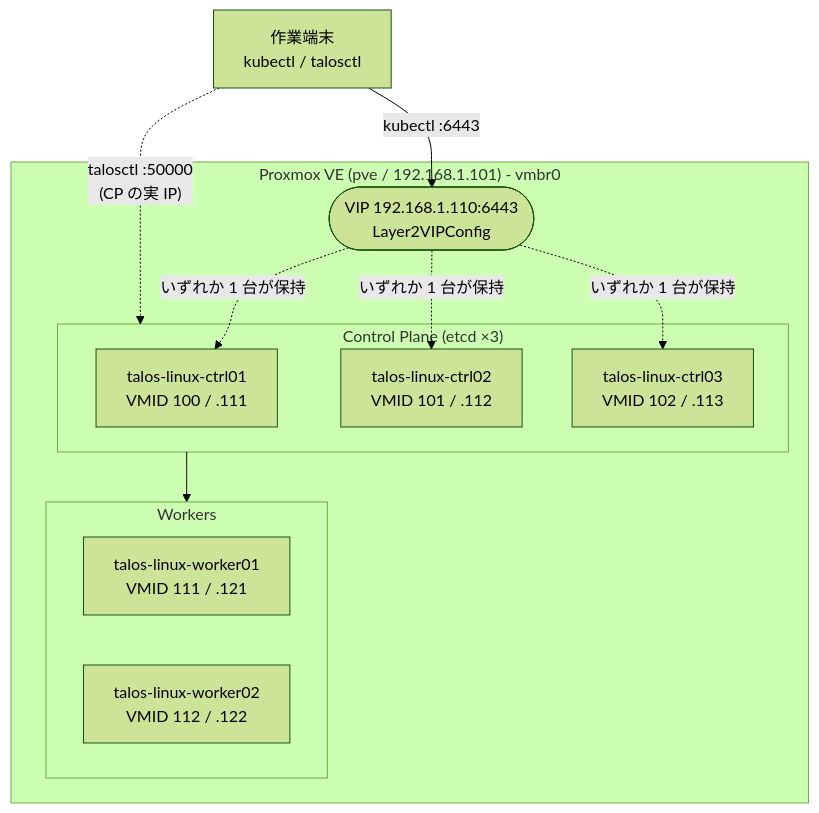
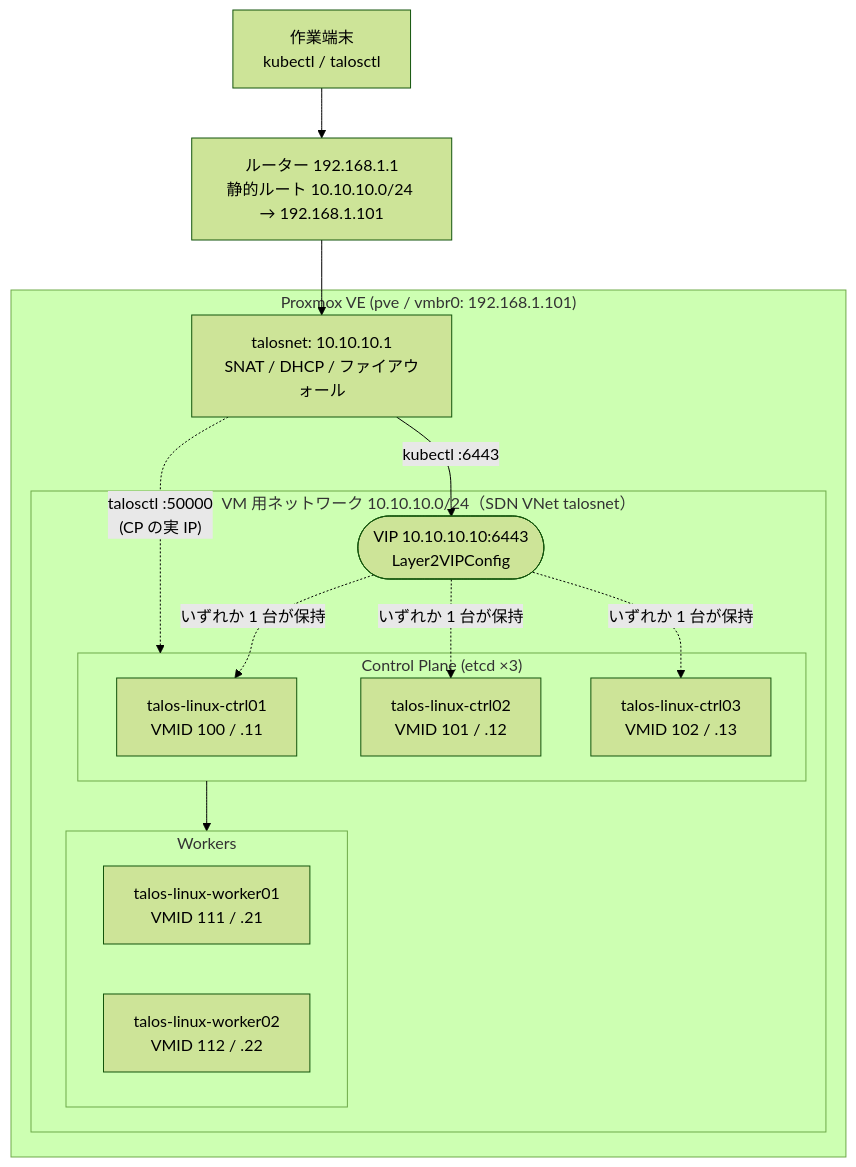
The diagram in proxmox/ha/README.md (n-tanaka-idcf/talos-linux-poc), drawn with Mermaid (forest theme) before and after one commit. The commit also changed other lines of this file and 8 other files, not shown here.

First line of the commit message:
HA クラスタの VM を Proxmox SDN の別サブネット（10.10.10.0/24）に移す

````diff
--- a/proxmox/ha/README.md
+++ b/proxmox/ha/README.md
@@ -9,24 +11,30 @@
 ```mermaid
 flowchart TB
     client["作業端末<br/>kubectl / talosctl"]
+    router["ルーター 192.168.1.1<br/>静的ルート 10.10.10.0/24 → 192.168.1.101"]
 
-    subgraph pve["Proxmox VE (pve / 192.168.1.101) - vmbr0"]
-        vip(["VIP 192.168.1.110:6443<br/>Layer2VIPConfig"])
+    subgraph pve["Proxmox VE (pve / vmbr0: 192.168.1.101)"]
+        gw["talosnet: 10.10.10.1<br/>SNAT / DHCP / ファイアウォール"]
 
-        subgraph cp["Control Plane (etcd ×3)"]
-            ctrl01["talos-linux-ctrl01<br/>VMID 100 / .111"]
-            ctrl02["talos-linux-ctrl02<br/>VMID 101 / .112"]
-            ctrl03["talos-linux-ctrl03<br/>VMID 102 / .113"]
-        end
+        subgraph vmnet["VM 用ネットワーク 10.10.10.0/24（SDN VNet talosnet）"]
+            vip(["VIP 10.10.10.10:6443<br/>Layer2VIPConfig"])
 
-        subgraph wk["Workers"]
-            worker01["talos-linux-worker01<br/>VMID 111 / .121"]
-            worker02["talos-linux-worker02<br/>VMID 112 / .122"]
+            subgraph cp["Control Plane (etcd ×3)"]
+                ctrl01["talos-linux-ctrl01<br/>VMID 100 / .11"]
+                ctrl02["talos-linux-ctrl02<br/>VMID 101 / .12"]
+                ctrl03["talos-linux-ctrl03<br/>VMID 102 / .13"]
+            end
+
+            subgraph wk["Workers"]
+                worker01["talos-linux-worker01<br/>VMID 111 / .21"]
+                worker02["talos-linux-worker02<br/>VMID 112 / .22"]
+            end
         end
     end
 
-    client -- "kubectl :6443" --> vip
-    client -. "talosctl :50000<br/>(CP の実 IP)" .-> cp
+    client --> router --> gw
+    gw -- "kubectl :6443" --> vip
+    gw -. "talosctl :50000<br/>(CP の実 IP)" .-> cp
     vip -. "いずれか 1 台が保持" .-> ctrl01 & ctrl02 & ctrl03
     cp --> wk
 ```
````
